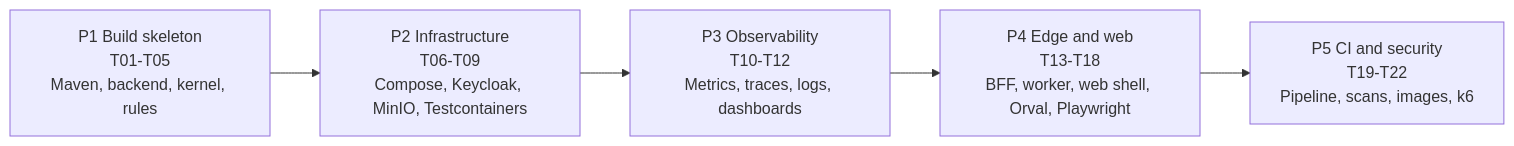
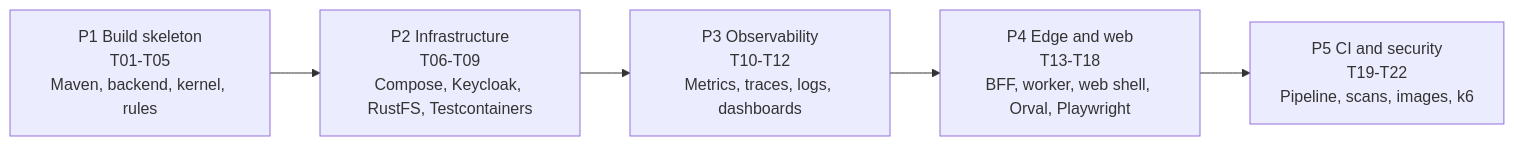
Before and after one commit to duynvh/udemy-platform: the first of 6 diagrams in tasks/plan.md, drawn with Mermaid. The commit also changed other lines of this file and 13 other files, not shown here.

First line of the commit message:
T06: Podman Compose data stores; replace MinIO with RustFS

````diff
--- a/tasks/plan.md
+++ b/tasks/plan.md
@@ -26,7 +26,7 @@
 ```mermaid
 flowchart LR
-    P1["P1 Build skeleton<br/>T01-T05<br/>Maven, backend, kernel, rules"] --> P2["P2 Infrastructure<br/>T06-T09<br/>Compose, Keycloak, MinIO, Testcontainers"]
+    P1["P1 Build skeleton<br/>T01-T05<br/>Maven, backend, kernel, rules"] --> P2["P2 Infrastructure<br/>T06-T09<br/>Compose, Keycloak, RustFS, Testcontainers"]
     P2 --> P3["P3 Observability<br/>T10-T12<br/>Metrics, traces, logs, dashboards"]
     P3 --> P4["P4 Edge and web<br/>T13-T18<br/>BFF, worker, web shell, Orval, Playwright"]
     P4 --> P5["P5 CI and security<br/>T19-T22<br/>Pipeline, scans, images, k6"]
 ```
````
